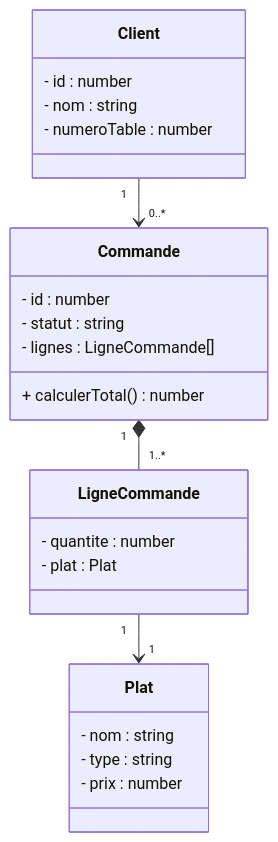
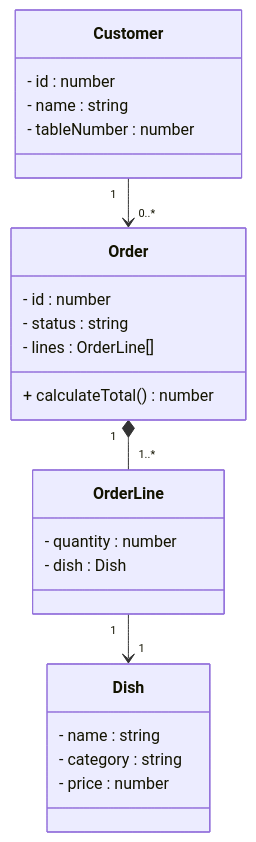
The diagram in Commande-Restaurant/commande-restaurant.md (Marjo14/Exo-marre), drawn with Mermaid before and after one commit. The commit also changed other lines of this file, not shown here.

Commit message:
Change diagrame in english domain model

````diff
--- a/Commande-Restaurant/commande-restaurant.md
+++ b/Commande-Restaurant/commande-restaurant.md
@@ -2,28 +10,28 @@
  ```mermaid
 classDiagram
-class Commande {
+class Order {
   - id : number
-  - statut : string
-  - lignes : LigneCommande[]
-  + calculerTotal() number
+  - status : string
+  - lines : OrderLine[]
+  + calculateTotal() number
 }
-class LigneCommande {
-  - quantite : number
-  - plat : Plat
+class OrderLine {
+  - quantity : number
+  - dish : Dish
 }
-class Plat {
-  - nom : string
-  - type : string
-  - prix : number
+class Dish {
+  - name : string
+  - category : string
+  - price : number
 }
-class Client {
+class Customer {
   - id : number
-  - nom : string
-  - numeroTable : number
+  - name : string
+  - tableNumber : number
 }
 
-Client "1" --> "0..*" Commande
-Commande "1" *-- "1..*" LigneCommande
-LigneCommande "1" --> "1" Plat
+Customer "1" --> "0..*" Order
+Order "1" *-- "1..*" OrderLine
+OrderLine "1" --> "1" Dish
 
 ```
````
